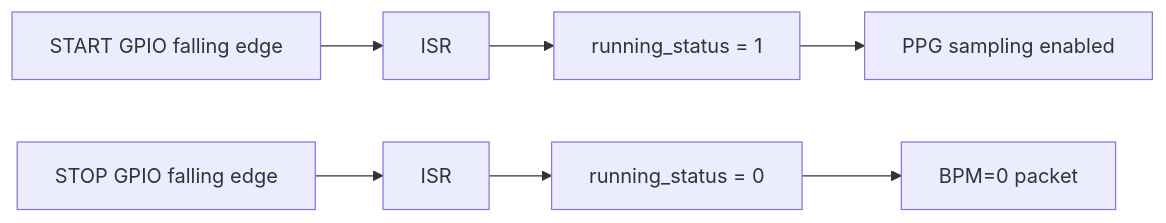
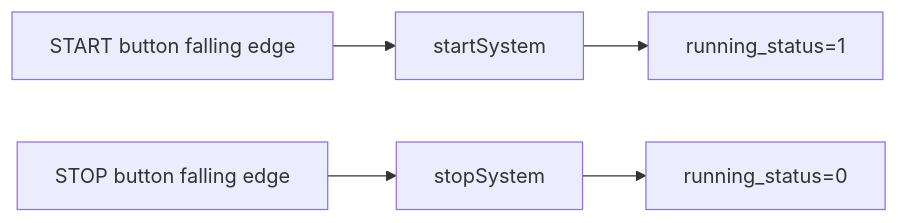
Before and after one commit to Tontonjeong/Sleep-monitoring-and-prevention-device: the first of 2 diagrams in docs/code/server_c.md, drawn with Mermaid. The commit also changed other lines of this file and 43 other files, not shown here.

````diff
--- a/docs/code/server_c.md
+++ b/docs/code/server_c.md
@@ -37,9 +27,7 @@
 ```mermaid
 flowchart LR
-    A[START GPIO falling edge] --> B[ISR]
-    B --> C[running_status = 1]
-    C --> D[PPG sampling enabled]
-    E[STOP GPIO falling edge] --> F[ISR]
-    F --> G[running_status = 0]
-    G --> H[BPM=0 packet]
+    START[START button falling edge] --> ISR1[startSystem]
+    ISR1 --> RUN[running_status=1]
+    STOP[STOP button falling edge] --> ISR2[stopSystem]
+    ISR2 --> IDLE[running_status=0]
 ```
````
